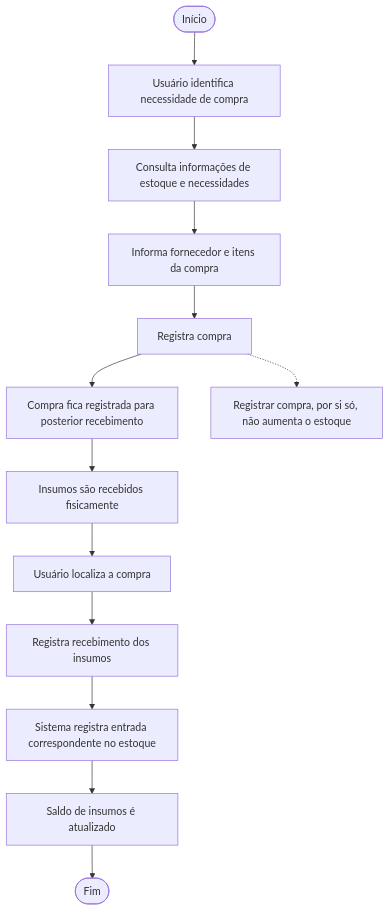
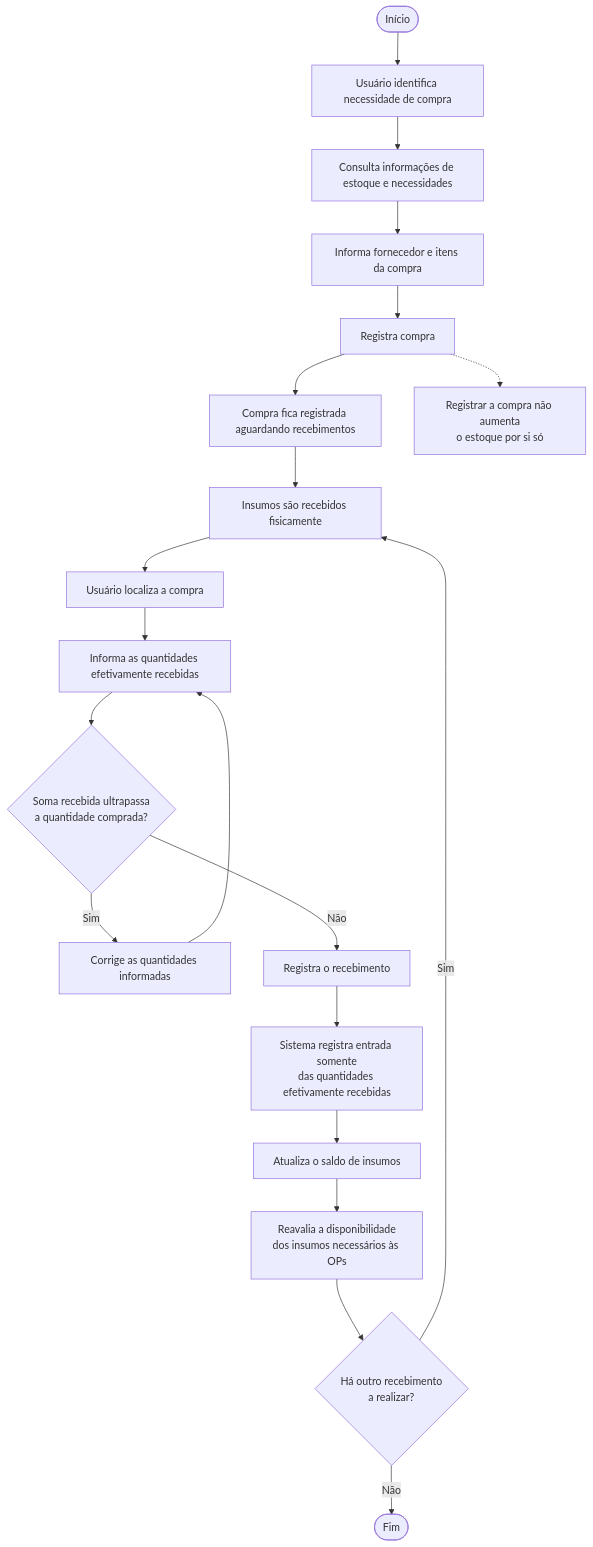
One commit to GabrielSantos-Silva/TCC---Gestao-Integrada changed the diagram in docs/03-modelagem/atividades/atividade-compras-recebimento.mmd. Above: the diagram before and after it, drawn with Mermaid.

```diff
--- a/docs/03-modelagem/atividades/atividade-compras-recebimento.mmd
+++ b/docs/03-modelagem/atividades/atividade-compras-recebimento.mmd
@@ -1,13 +1,22 @@
+
 flowchart TD
     A([Início]) --> B[Usuário identifica necessidade de compra]
     B --> C[Consulta informações de estoque e necessidades]
     C --> D[Informa fornecedor e itens da compra]
     D --> E[Registra compra]
-    E --> F[Compra fica registrada para posterior recebimento]
+    E --> F[Compra fica registrada aguardando recebimentos]
     F --> G[Insumos são recebidos fisicamente]
     G --> H[Usuário localiza a compra]
-    H --> I[Registra recebimento dos insumos]
-    I --> J[Sistema registra entrada correspondente no estoque]
-    J --> K[Saldo de insumos é atualizado]
-    K --> L([Fim])
-    E -.-> N[Registrar compra, por si só, não aumenta o estoque]
+    H --> I[Informa as quantidades efetivamente recebidas]
+    I --> J{Soma recebida ultrapassa<br/>a quantidade comprada?}
+    J -- Sim --> K[Corrige as quantidades informadas]
+    K --> I
+    J -- Não --> L[Registra o recebimento]
+    L --> M[Sistema registra entrada somente<br/>das quantidades efetivamente recebidas]
+    M --> N[Atualiza o saldo de insumos]
+    N --> O[Reavalia a disponibilidade<br/>dos insumos necessários às OPs]
+    O --> P{Há outro recebimento<br/>a realizar?}
+    P -- Sim --> G
+    P -- Não --> Q([Fim])
+
+    E -.-> R[Registrar a compra não aumenta<br/>o estoque por si só]
```
